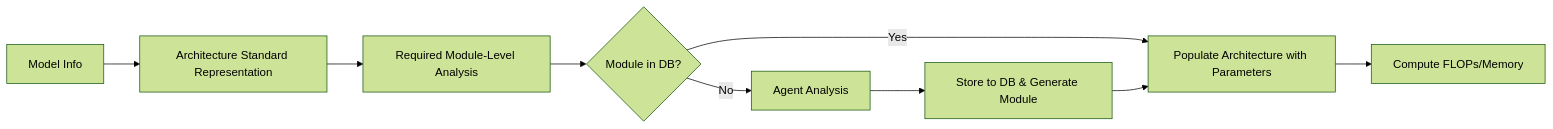
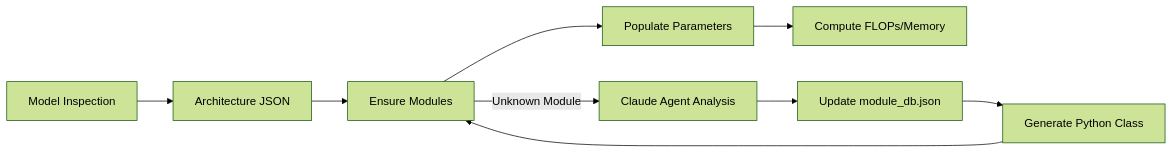
The diagram in CLAUDE.md (feitang0/LM-Predictor), drawn with Mermaid (forest theme) before and after one commit. The commit also changed other lines of this file and 2 other files, not shown here.

First line of the commit message:
Add development documentation and naming consistency analysis

````diff
--- a/CLAUDE.md
+++ b/CLAUDE.md
@@ -21,11 +72,12 @@
 ```mermaid
 flowchart LR
-    A[Model Info] --> B[Architecture Standard Representation]
-    B --> C[Required Module-Level Analysis]
-    C --> D{Module in DB?}
-    D -->|Yes| E[Populate Architecture with Parameters]
-    D -->|No| F[Agent Analysis]
-    F --> G[Store to DB & Generate Module]
-    G --> E
-    E --> H[Compute FLOPs/Memory]
+    A[Model Inspection] --> B[Architecture JSON]
+    B --> C[Ensure Modules]
+    C --> D[Populate Parameters]
+    D --> E[Compute FLOPs/Memory]
+
+    C -->|Unknown Module| F[Claude Agent Analysis]
+    F --> G[Update module_db.json]
+    G --> H[Generate Python Class]
+    H --> C
 ```
````
